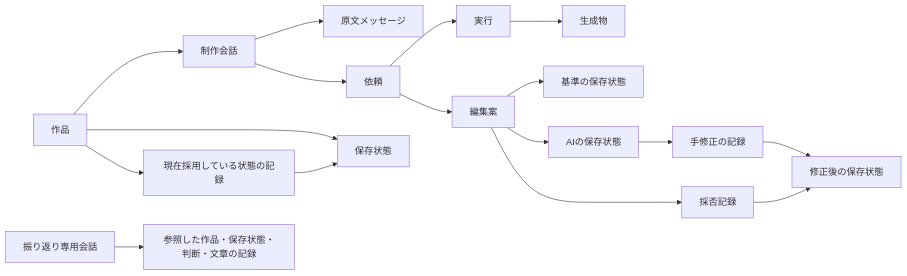
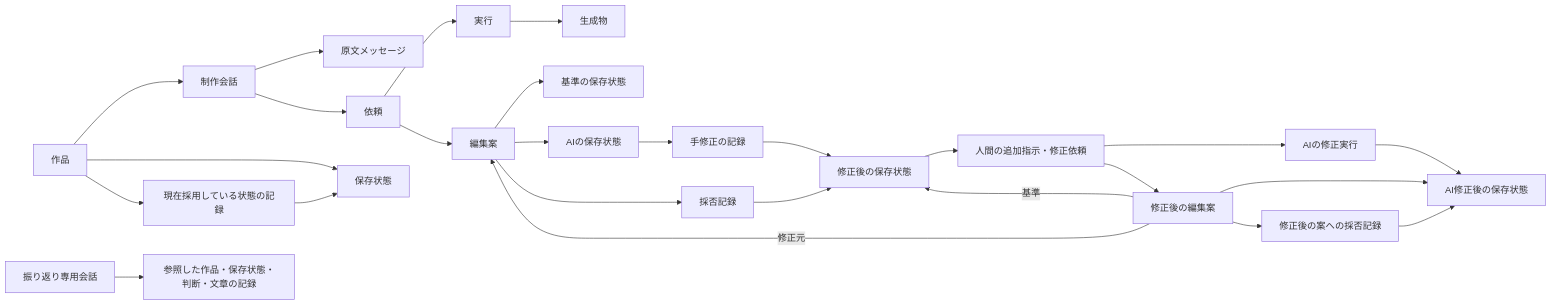
The first of 2 diagrams in docs/design/domain-data-model.md (Kurarowa305/scene-craft), drawn with Mermaid before and after one commit. The commit also changed other lines of this file and 2 other files, not shown here.

````diff
--- a/docs/design/domain-data-model.md
+++ b/docs/design/domain-data-model.md
@@ -13,19 +13,28 @@
 ```mermaid
 flowchart LR
   W[作品] --> C[制作会話]
   C --> M[原文メッセージ]
   C --> Q[依頼]
   Q --> E[実行]
   E --> O[生成物]
   W --> S[保存状態]
   W --> H[現在採用している状態の記録]
   H --> S
   Q --> P[編集案]
   P --> B[基準の保存状態]
   P --> A[AIの保存状態]
   A --> X[手修正の記録]
   X --> N[修正後の保存状態]
+  N --> Q2[人間の追加指示・修正依頼]
+  Q2 --> E2[AIの修正実行]
+  Q2 --> P2[修正後の編集案]
+  P2 -->|修正元| P
+  P2 -->|基準| N
+  E2 --> N2[AI修正後の保存状態]
+  P2 --> N2
+  P2 --> D2[修正後の案への採否記録]
+  D2 --> N2
   P --> D[採否記録]
   D --> N
   R[振り返り専用会話] --> V[参照した作品・保存状態・判断・文章の記録]
 ```
````
